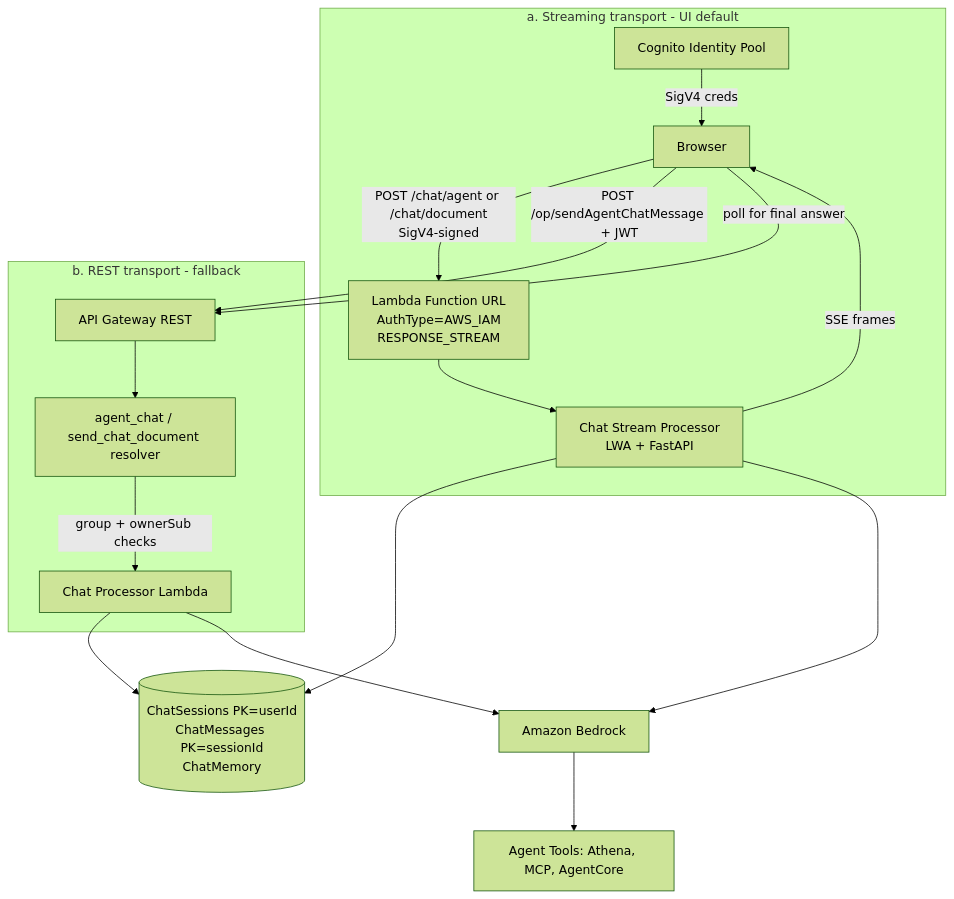
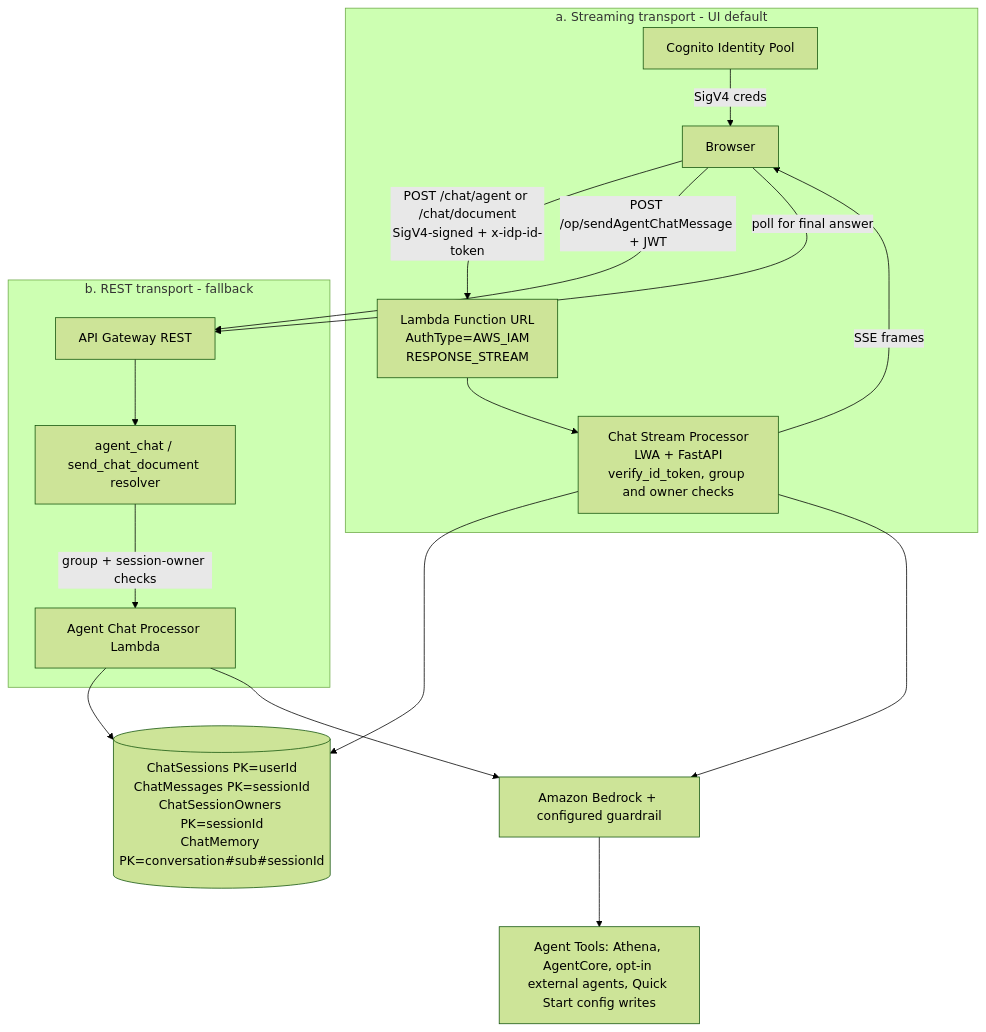
One commit to aws-solutions-library-samples/accelerated-intelligent-document-processing-on-aws changed the diagram in security/threat-modeling/feature-threats/companion-chat.md. Above: the diagram before and after it, drawn with Mermaid (forest theme). The commit also changed other lines of this file and 26 other files, not shown here.

````diff
--- a/security/threat-modeling/feature-threats/companion-chat.md
+++ b/security/threat-modeling/feature-threats/companion-chat.md
@@ -50,24 +30,24 @@
 ```mermaid
 flowchart TD
     Browser[Browser]
 
     subgraph Streaming[a. Streaming transport - UI default]
       IdPool[Cognito Identity Pool] -->|SigV4 creds| Browser
-      Browser -->|"POST /chat/agent or /chat/document<br/>SigV4-signed"| FURL["Lambda Function URL<br/>AuthType=AWS_IAM<br/>RESPONSE_STREAM"]
-      FURL --> Proc[Chat Stream Processor<br/>LWA + FastAPI]
+      Browser -->|"POST /chat/agent or /chat/document<br/>SigV4-signed + x-idp-id-token"| FURL["Lambda Function URL<br/>AuthType=AWS_IAM<br/>RESPONSE_STREAM"]
+      FURL --> Proc[Chat Stream Processor<br/>LWA + FastAPI<br/>verify_id_token, group and owner checks]
       Proc -->|SSE frames| Browser
     end
 
     subgraph REST[b. REST transport - fallback]
       Browser -->|"POST /op/sendAgentChatMessage + JWT"| APIGW[API Gateway REST]
       APIGW --> Resolver[agent_chat / send_chat_document resolver]
-      Resolver -->|group + ownerSub checks| Proc2[Chat Processor Lambda]
+      Resolver -->|group + session-owner checks| Proc2[Agent Chat Processor Lambda]
       Browser -->|poll for final answer| APIGW
     end
 
-    Proc --> DDB[(ChatSessions PK=userId<br/>ChatMessages PK=sessionId<br/>ChatMemory)]
+    Proc --> DDB[(ChatSessions PK=userId<br/>ChatMessages PK=sessionId<br/>ChatSessionOwners PK=sessionId<br/>ChatMemory PK=conversation#sub#sessionId)]
     Proc2 --> DDB
-    Proc --> Bedrock[Amazon Bedrock]
+    Proc --> Bedrock[Amazon Bedrock + configured guardrail]
     Proc2 --> Bedrock
-    Bedrock --> Tools[Agent Tools: Athena, MCP, AgentCore]
+    Bedrock --> Tools[Agent Tools: Athena, AgentCore, opt-in external agents, Quick Start config writes]
 ```
````
